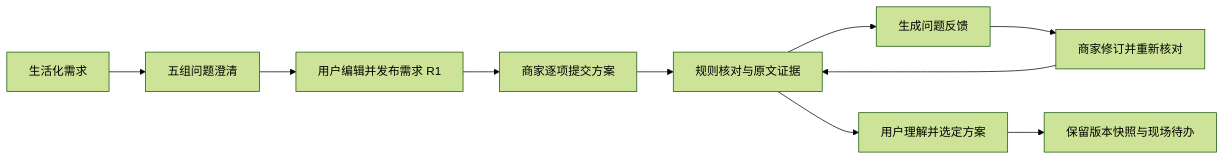
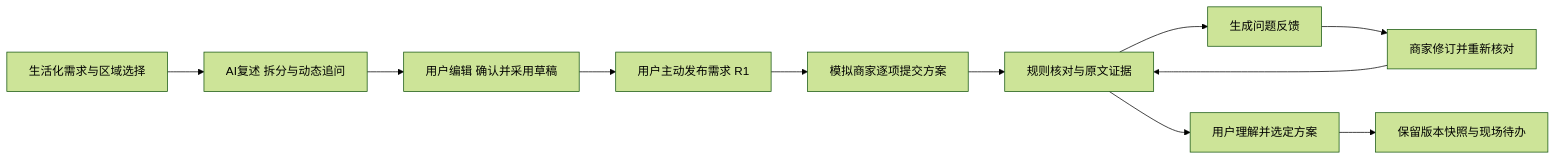
One commit to feifeifei686/bohack-project changed the diagram in README.md. Above: the diagram before and after it, drawn with Mermaid (forest theme). The commit also changed other lines of this file and 113 other files, not shown here.

````diff
--- a/README.md
+++ b/README.md
@@ -21,12 +21,13 @@
 ```mermaid
 flowchart LR
-    A[生活化需求] --> B[五组问题澄清]
-    B --> C[用户编辑并发布需求 R1]
-    C --> D[商家逐项提交方案]
+    A[生活化需求与区域选择] --> B[AI复述 拆分与动态追问]
+    B --> C[用户编辑 确认并采用草稿]
+    C --> P[用户主动发布需求 R1]
+    P --> D[模拟商家逐项提交方案]
     D --> E[规则核对与原文证据]
     E --> F[生成问题反馈]
     F --> G[商家修订并重新核对]
     G --> E
     E --> H[用户理解并选定方案]
     H --> I[保留版本快照与现场待办]
 ```
````
